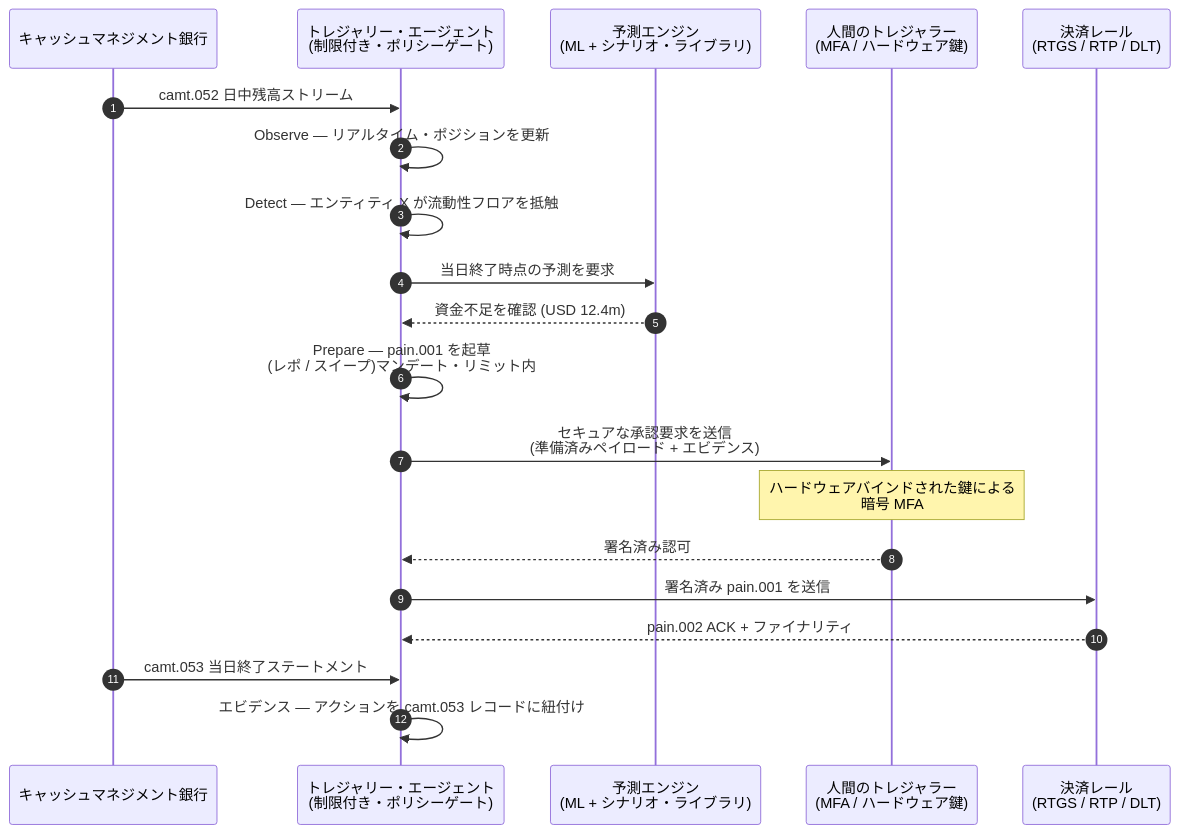
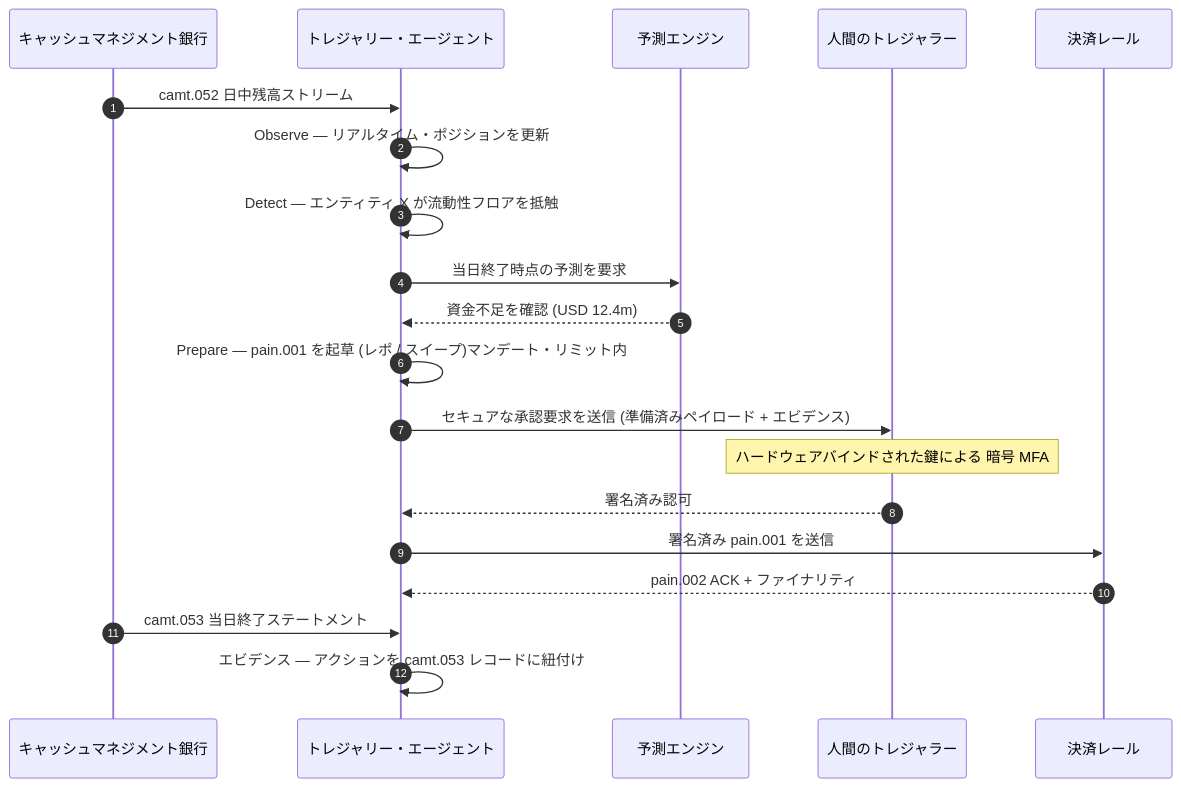
Before and after one commit to sebastienrousseau/sebastienrousseau.github.io: the diagram in _posts/ja/2026-06-07-autonomous-treasury-index-programmable-liquidity-tokenised-deposits-2026.md, drawn with Mermaid. The commit also changed 2231 other files, not shown here.

First line of the commit message:
fix(mermaid): unblock Mermaid v10 rendering end-to-end (#198)

````diff
--- a/_posts/ja/2026-06-07-autonomous-treasury-index-programmable-liquidity-tokenised-deposits-2026.md
+++ b/_posts/ja/2026-06-07-autonomous-treasury-index-programmable-liquidity-tokenised-deposits-2026.md
@@ -152,23 +152,22 @@
 ```mermaid
 sequenceDiagram
     autonumber
     participant Banks as キャッシュマネジメント銀行
-    participant Agent as トレジャリー・エージェント<br/>(制限付き・ポリシーゲート)
-    participant Forecast as 予測エンジン<br/>(ML + シナリオ・ライブラリ)
-    participant Treasurer as 人間のトレジャラー<br/>(MFA / ハードウェア鍵)
-    participant Rails as 決済レール<br/>(RTGS / RTP / DLT)
-
+    participant Agent as トレジャリー・エージェント
+    participant Forecast as 予測エンジン
+    participant Treasurer as 人間のトレジャラー
+    participant Rails as 決済レール
     Banks->>Agent: camt.052 日中残高ストリーム
     Agent->>Agent: Observe — リアルタイム・ポジションを更新
     Agent->>Agent: Detect — エンティティ X が流動性フロアを抵触
     Agent->>Forecast: 当日終了時点の予測を要求
     Forecast-->>Agent: 資金不足を確認 (USD 12.4m)
-    Agent->>Agent: Prepare — pain.001 を起草<br/>(レポ / スイープ)マンデート・リミット内
-    Agent->>Treasurer: セキュアな承認要求を送信<br/>(準備済みペイロード + エビデンス)
-    Note over Treasurer: ハードウェアバインドされた鍵による<br/>暗号 MFA
+    Agent->>Agent: Prepare — pain.001 を起草 (レポ / スイープ)マンデート・リミット内
+    Agent->>Treasurer: セキュアな承認要求を送信 (準備済みペイロード + エビデンス)
+    Note over Treasurer: ハードウェアバインドされた鍵による 暗号 MFA
     Treasurer-->>Agent: 署名済み認可
     Agent->>Rails: 署名済み pain.001 を送信
     Rails-->>Agent: pain.002 ACK + ファイナリティ
     Banks->>Agent: camt.053 当日終了ステートメント
     Agent->>Agent: エビデンス — アクションを camt.053 レコードに紐付け
 ```
````
